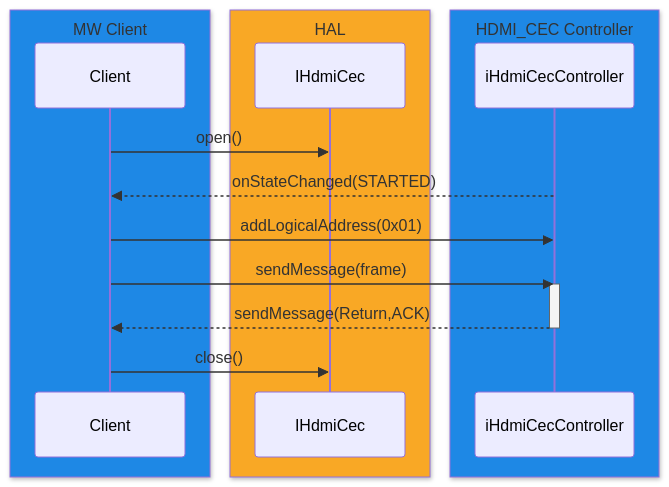
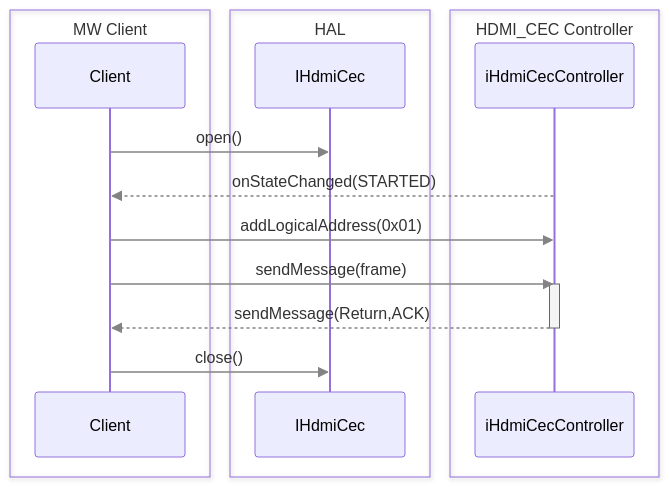
One commit to Blitzy-Sky/rdk-halif-aidl changed the second of 3 diagrams in hdmicec/current/docs/hdmi_cec.md. Above: the diagram before and after it, drawn with Mermaid. The commit also changed other lines of this file and 7 other files, not shown here.

First line of the commit message:
docs(hdmicec): resolve QA findings in the CEC HAL migration mapping deliverable

````diff
--- a/hdmicec/current/docs/hdmi_cec.md
+++ b/hdmicec/current/docs/hdmi_cec.md
@@ -134,26 +140,29 @@
 ```mermaid
+%%{init: {"themeVariables":{"signalColor":"#838383"}}}%%
 sequenceDiagram
+    accTitle: Controller Client runtime interaction with the CEC HAL
+    accDescr: The middleware Client calls open on IHdmiCec. The controller reports onStateChanged with state STARTED. The Client then calls addLogicalAddress with 0x01 and sendMessage with a frame on iHdmiCecController, which returns the send result with the ACK state. Finally the Client calls close on IHdmiCec.
     %% --- MW Client ---
-    box rgb(30,136,229) MW Client
+    box transparent MW Client
         participant MW as Client
     end
 
     %% --- HAL ---
-    box rgb(249,168,37) HAL
+    box transparent HAL
       participant HAL as IHdmiCec
     end
 
     %% --- MW Controller ---
-    box rgb(30,136,229) HDMI_CEC Controller
+    box transparent HDMI_CEC Controller
         participant HDC as iHdmiCecController
     end
 
   MW->>HAL: open()
   HDC-->>MW: onStateChanged(STARTED)
   MW->>HDC: addLogicalAddress(0x01)
   MW->>HDC: sendMessage(frame)
   activate HDC
   HDC-->>MW: sendMessage(Return,ACK)
   deactivate HDC
   MW->>HAL: close()
 ```
````
